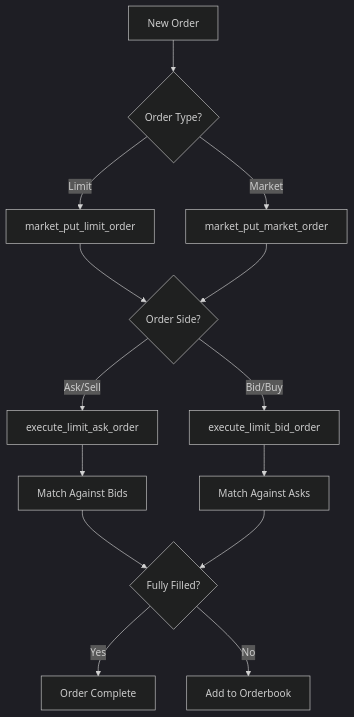
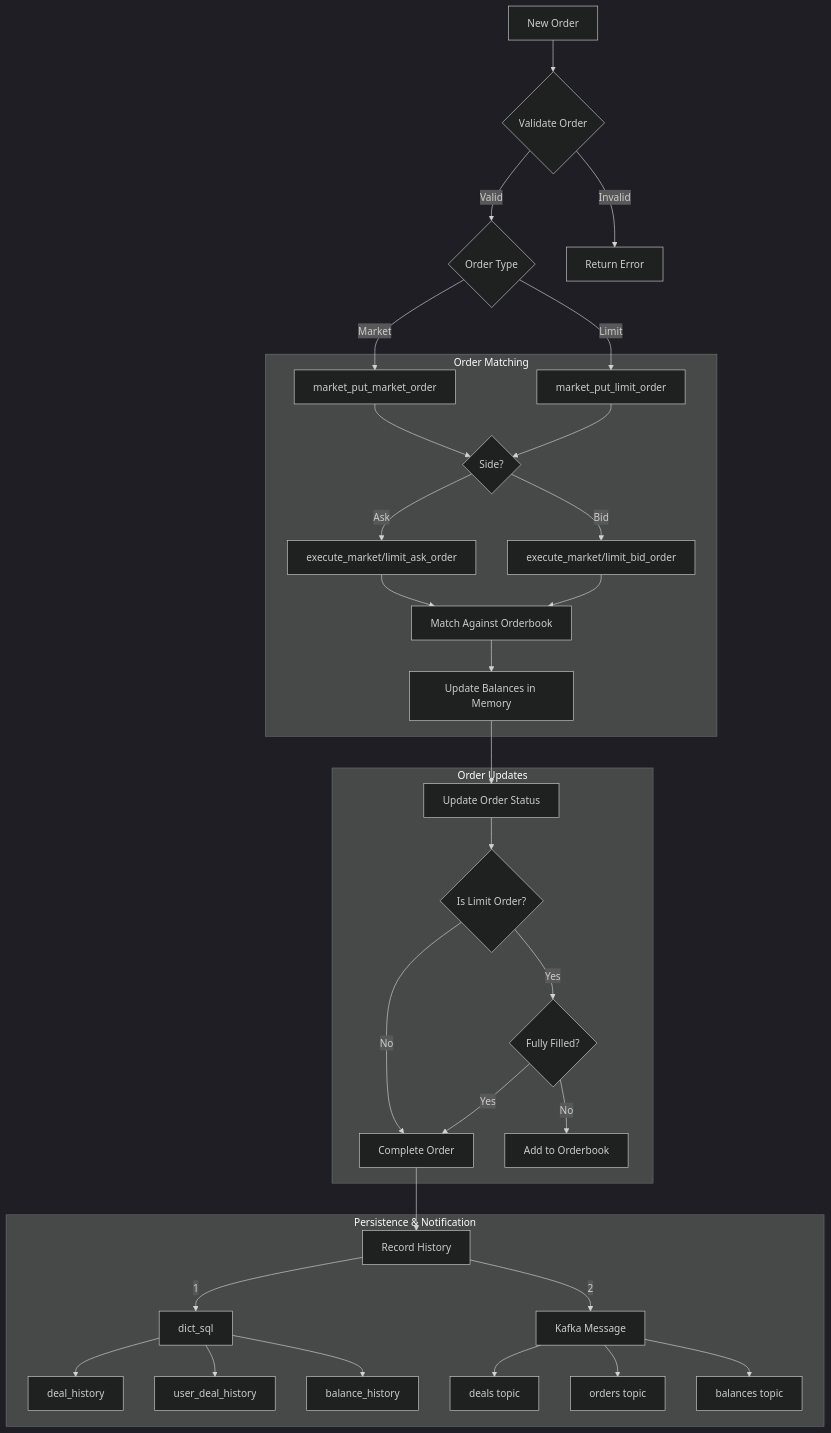
Before and after one commit to jasonLuFa/viabtc_exchange_server: the second of 3 diagrams in doc/matchengine.md, drawn with Mermaid (dark theme). The commit also changed 2 other files, not shown here.

````diff
--- a/doc/matchengine.md
+++ b/doc/matchengine.md
@@ -142,21 +142,43 @@
 ```mermaid
 graph TD
-  A[New Order] --> B{Order Type?}
-  B -->|Limit| C[market_put_limit_order]
-  B -->|Market| D[market_put_market_order]
-  
-  C --> E{Order Side?}
-  D --> E
-  
-  E -->|Ask/Sell| F[execute_limit_ask_order]
-  E -->|Bid/Buy| G[execute_limit_bid_order]
-  
-  F --> H[Match Against Bids]
-  G --> I[Match Against Asks]
-  
-  H --> J{Fully Filled?}
-  I --> J
-  
-  J -->|Yes| K[Order Complete]
-  J -->|No| L[Add to Orderbook]
+    A[New Order] --> B{Validate Order}
+    B -->|Valid| C{Order Type}
+    B -->|Invalid| Z[Return Error]
+    
+    C -->|Market| D[market_put_market_order]
+    C -->|Limit| E[market_put_limit_order]
+    
+    subgraph "Order Matching"
+        D --> F{Side?}
+        E --> F
+        F -->|Ask| G[execute_market/limit_ask_order]
+        F -->|Bid| H[execute_market/limit_bid_order]
+        
+        G & H --> I[Match Against Orderbook]
+        I --> J[Update Balances in Memory]
+    end
+    
+    subgraph "Order Updates"
+        J --> K[Update Order Status]
+        K --> L{Is Limit Order?}
+        L -->|Yes| M{Fully Filled?}
+        L -->|No| N[Complete Order]
+        
+        M -->|Yes| N
+        M -->|No| O[Add to Orderbook]
+    end
+    
+    subgraph "Persistence & Notification"
+        N --> P1[Record History]
+        P1 -->|1| Q1[dict_sql]
+        P1 -->|2| Q2[Kafka Message]
+        
+        Q1 --> R1[deal_history]
+        Q1 --> R2[user_deal_history]
+        Q1 --> R3[balance_history]
+        
+        Q2 --> S1[deals topic]
+        Q2 --> S2[orders topic]
+        Q2 --> S3[balances topic]
+    end
 ```
````
